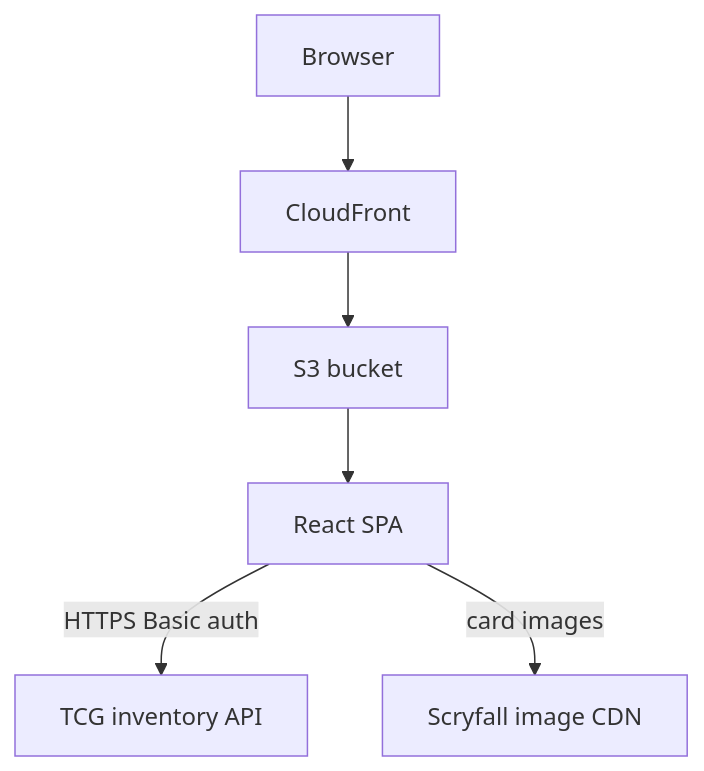
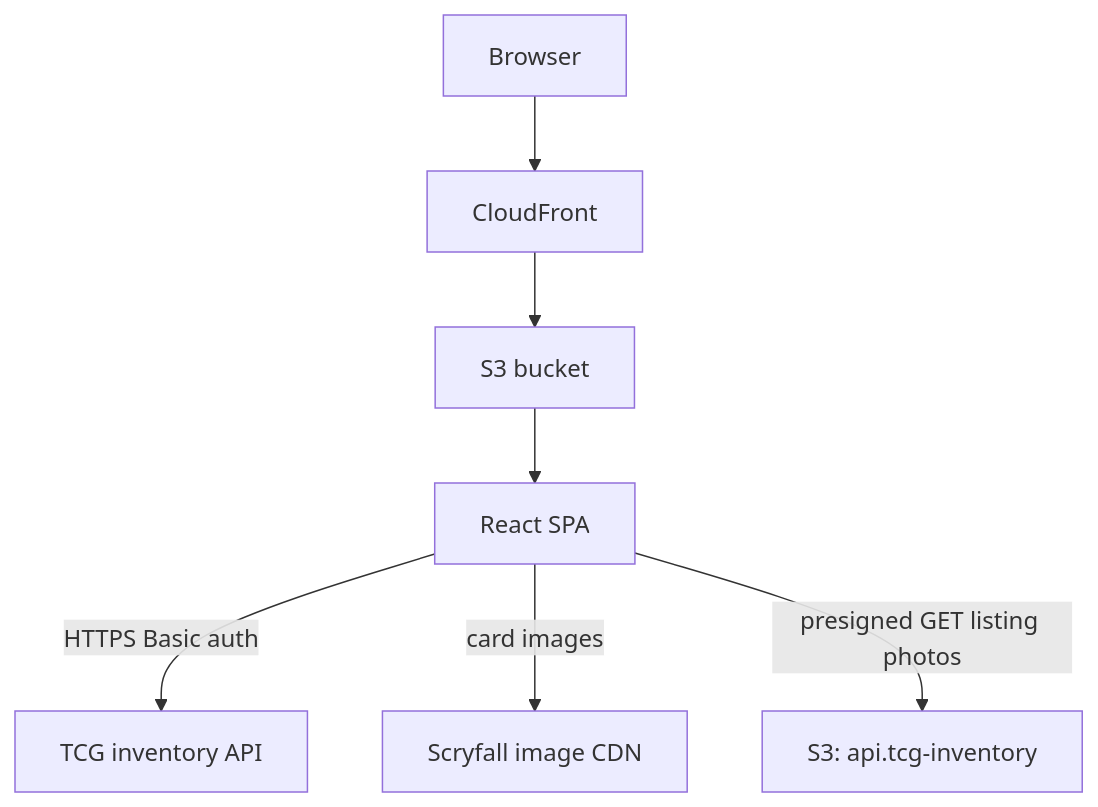
Before and after one commit to jordansimsmith/jordansimsmith-com: the first of 2 diagrams in tcg_inventory_web/README.md, drawn with Mermaid. The commit also changed other lines of this file and 1 other file, not shown here.

Commit message:
Add listing photos specification for high-value cards

````diff
--- a/tcg_inventory_web/README.md
+++ b/tcg_inventory_web/README.md
@@ -45,8 +48,9 @@
 ```mermaid
 flowchart TD
   browser[Browser] --> cloudfront[CloudFront]
   cloudfront --> s3[S3 bucket]
   s3 --> spa[React SPA]
   spa -->|HTTPS Basic auth| api[TCG inventory API]
   spa -->|card images| scryfall[Scryfall image CDN]
+  spa -->|presigned GET listing photos| s3data[S3: api.tcg-inventory]
 ```
````
